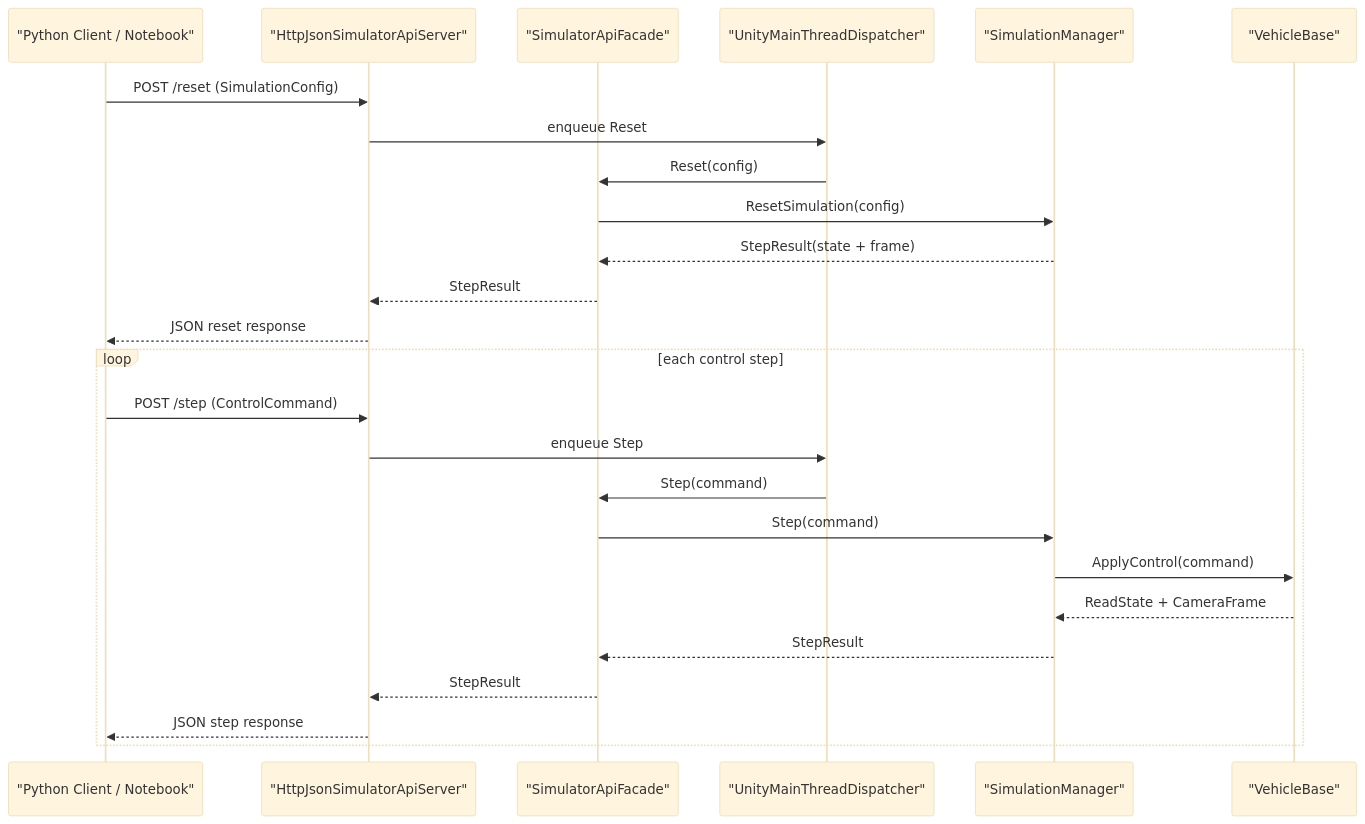
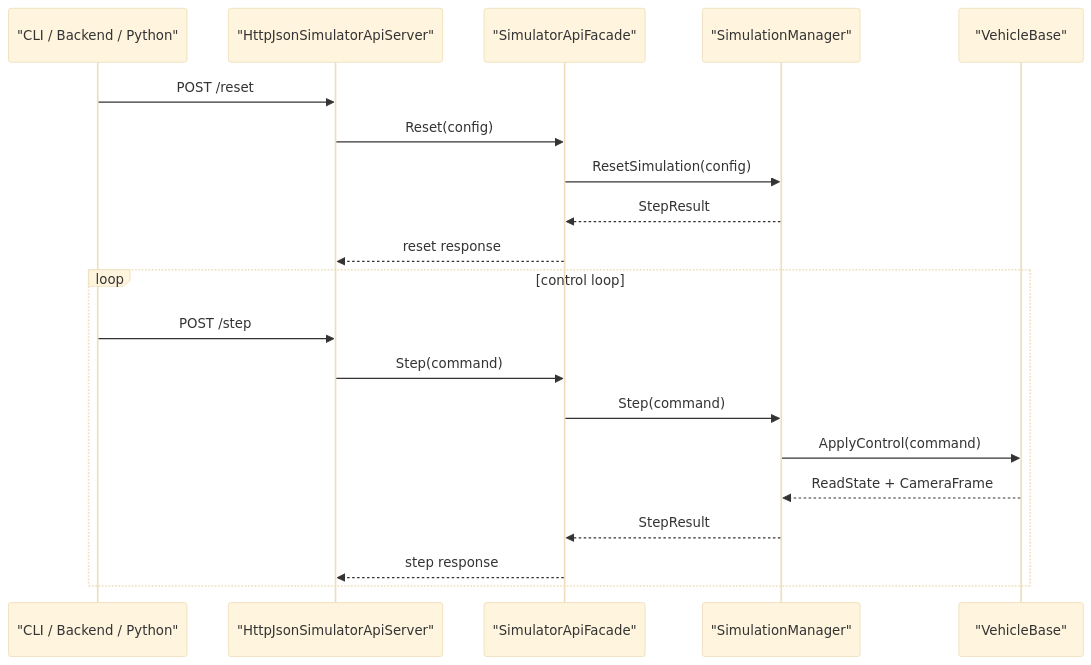
The second of 2 diagrams in docs/architecture.md (uav-simulator/uavsimulator), drawn with Mermaid (base theme) before and after one commit. The commit also changed other lines of this file and 27 other files, not shown here.

````diff
--- a/docs/architecture.md
+++ b/docs/architecture.md
@@ -53,29 +69,24 @@
 ```mermaid
 sequenceDiagram
-    participant Client as "Python Client / Notebook"
+    participant Client as "CLI / Backend / Python"
     participant Api as "HttpJsonSimulatorApiServer"
     participant Facade as "SimulatorApiFacade"
-    participant MainThread as "UnityMainThreadDispatcher"
     participant Sim as "SimulationManager"
     participant Vehicle as "VehicleBase"
 
-    Client->>Api: POST /reset (SimulationConfig)
-    Api->>MainThread: enqueue Reset
-    MainThread->>Facade: Reset(config)
+    Client->>Api: POST /reset
+    Api->>Facade: Reset(config)
     Facade->>Sim: ResetSimulation(config)
-    Sim-->>Facade: StepResult(state + frame)
-    Facade-->>Api: StepResult
-    Api-->>Client: JSON reset response
+    Sim-->>Facade: StepResult
+    Facade-->>Api: reset response
 
-    loop each control step
-        Client->>Api: POST /step (ControlCommand)
-        Api->>MainThread: enqueue Step
-        MainThread->>Facade: Step(command)
+    loop control loop
+        Client->>Api: POST /step
+        Api->>Facade: Step(command)
         Facade->>Sim: Step(command)
         Sim->>Vehicle: ApplyControl(command)
         Vehicle-->>Sim: ReadState + CameraFrame
         Sim-->>Facade: StepResult
-        Facade-->>Api: StepResult
-        Api-->>Client: JSON step response
+        Facade-->>Api: step response
     end
 ```
````
